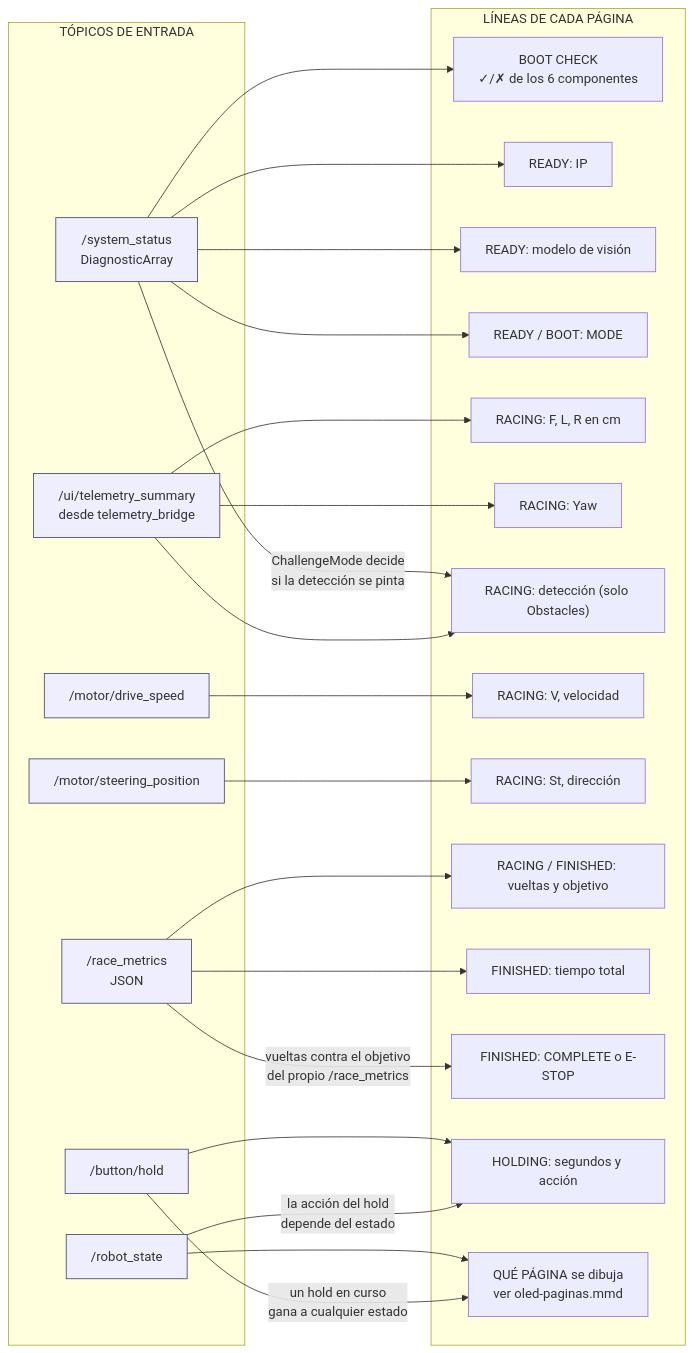
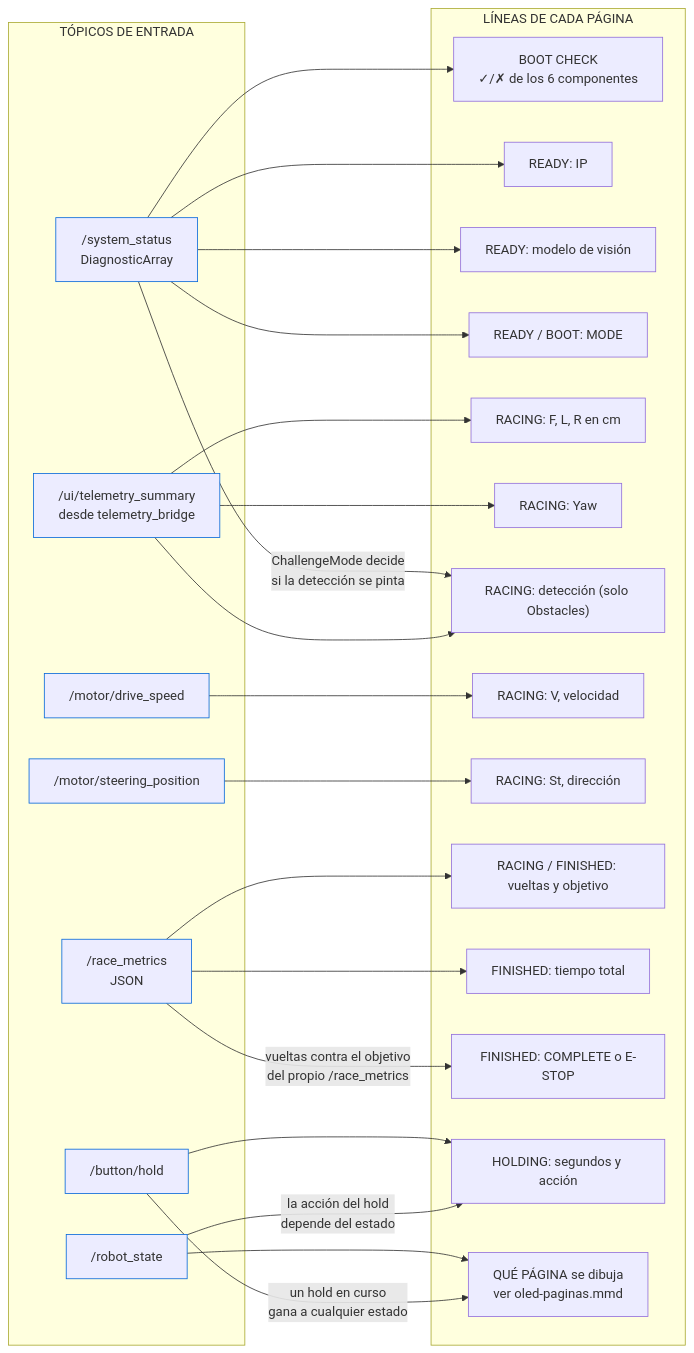
One commit to teamvoltimor/vtitan changed the fifth of 16 diagrams in README.md. Above: the diagram before and after it, drawn with Mermaid. The commit also changed other lines of this file and 73 other files, not shown here.

First line of the commit message:
docs(repo): theme-adaptive mermaid fills, WebP-only blueprints, klevor rename

````diff
--- a/README.md
+++ b/README.md
@@ -1334,52 +1349,52 @@
 ```mermaid
 flowchart LR
     subgraph FUENTES["TÓPICOS DE ENTRADA"]
         SS["/system_status<br/>DiagnosticArray"]
         RM["/race_metrics<br/>JSON"]
         UIS["/ui/telemetry_summary<br/>desde telemetry_bridge"]
         MDS["/motor/drive_speed"]
         MSP["/motor/steering_position"]
         BH["/button/hold"]
         RS["/robot_state"]
     end
 
     subgraph PAGINAS["LÍNEAS DE CADA PÁGINA"]
         B1["BOOT CHECK<br/>✓/✗ de los 6 componentes"]
         R1["READY: IP"]
         R2["READY: modelo de visión"]
         R3["READY / BOOT: MODE"]
         C1["RACING: F, L, R en cm"]
         C2["RACING: Yaw"]
         C3["RACING: detección (solo Obstacles)"]
         C4["RACING: V, velocidad"]
         C5["RACING: St, dirección"]
         C6["RACING / FINISHED: vueltas y objetivo"]
         F1["FINISHED: tiempo total"]
         F2["FINISHED: COMPLETE o E-STOP"]
         H1["HOLDING: segundos y acción"]
         SEL["QUÉ PÁGINA se dibuja<br/>ver oled-paginas.mmd"]
     end
 
     RS --> SEL
     BH -->|"un hold en curso<br/>gana a cualquier estado"| SEL
     BH --> H1
     RS -->|"la acción del hold<br/>depende del estado"| H1
 
     SS --> B1
     SS --> R1
     SS --> R2
     SS --> R3
     SS -->|"ChallengeMode decide<br/>si la detección se pinta"| C3
 
     UIS --> C1
     UIS --> C2
     UIS --> C3
     MDS --> C4
     MSP --> C5
     RM --> C6
     RM --> F1
     RM -->|"vueltas contra el objetivo<br/>del propio /race_metrics"| F2
 
-    classDef topico fill:#eef,stroke:#446
+    classDef topico stroke:#0969da
     class SS,RM,UIS,MDS,MSP,BH,RS topico
 ```
````
